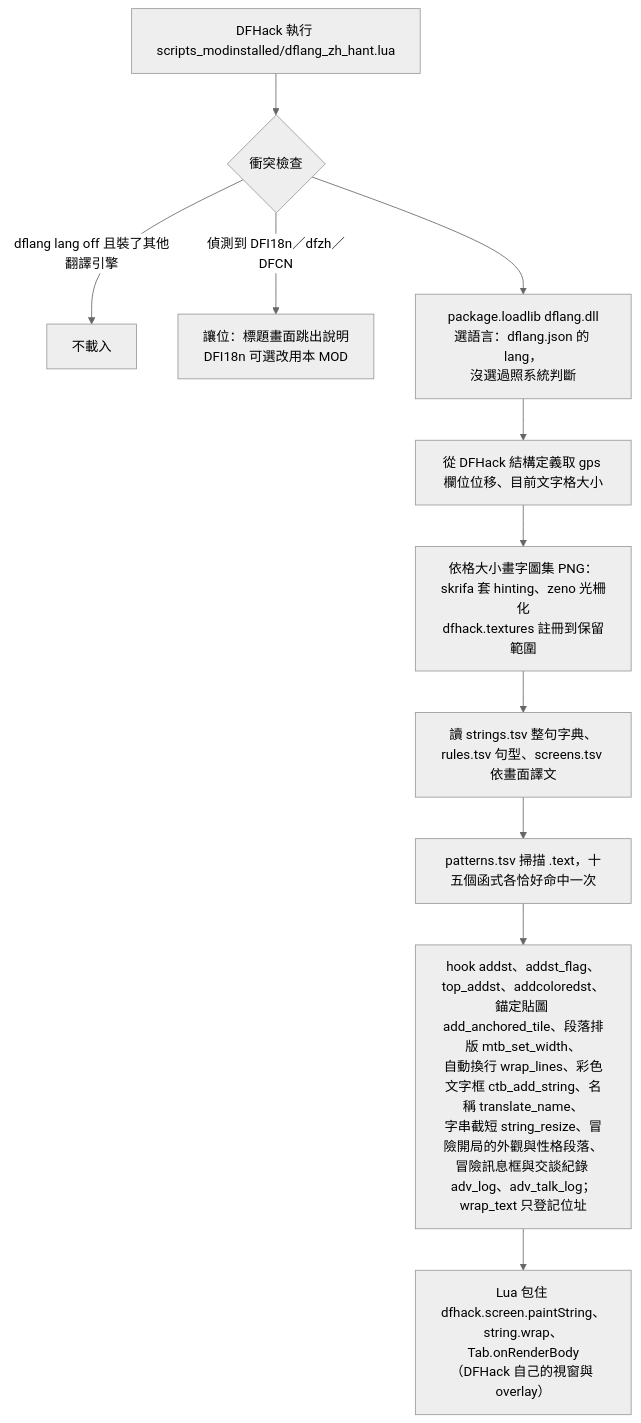
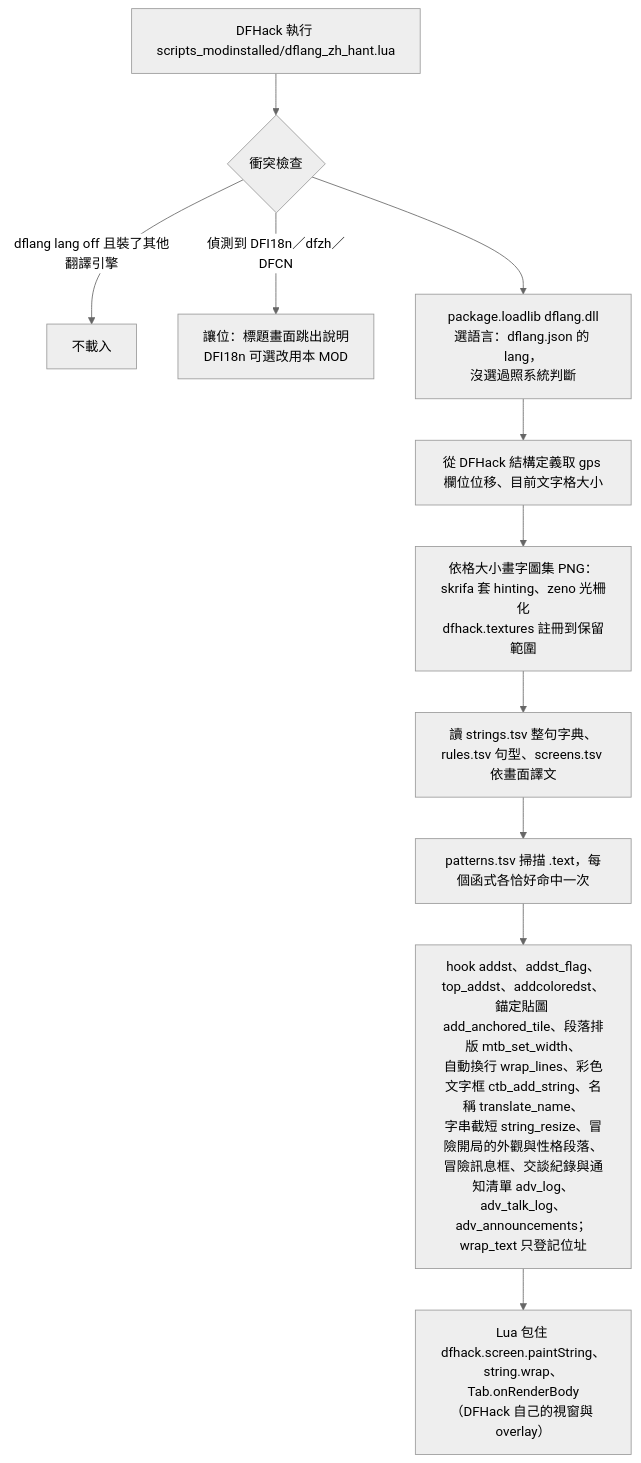
The diagram in docs/analysis.md (Minidoracat/MinidoracatDFLang), drawn with Mermaid (neutral theme) before and after one commit. The commit also changed other lines of this file and 16 other files, not shown here.

````diff
--- a/docs/analysis.md
+++ b/docs/analysis.md
@@ -48,13 +48,13 @@
 ```mermaid
 flowchart TD
   A[DFHack 執行 scripts_modinstalled/dflang_zh_hant.lua] --> B{衝突檢查}
   B -->|dflang lang off 且裝了其他翻譯引擎| X[不載入]
   B -->|偵測到 DFI18n／dfzh／DFCN| Y[讓位：標題畫面跳出說明<br>DFI18n 可選改用本 MOD]
   B --> C[package.loadlib dflang.dll<br>選語言：dflang.json 的 lang，<br>沒選過照系統判斷]
   C --> D[從 DFHack 結構定義取 gps 欄位位移、目前文字格大小]
   D --> E[依格大小畫字圖集 PNG：skrifa 套 hinting、zeno 光柵化<br>dfhack.textures 註冊到保留範圍]
   E --> F[讀 strings.tsv 整句字典、rules.tsv 句型、screens.tsv 依畫面譯文]
-  F --> G[patterns.tsv 掃描 .text，十五個函式各恰好命中一次]
-  G --> H[hook addst、addst_flag、top_addst、addcoloredst、<br>錨定貼圖 add_anchored_tile、段落排版 mtb_set_width、<br>自動換行 wrap_lines、彩色文字框 ctb_add_string、名稱 translate_name、<br>字串截短 string_resize、冒險開局的外觀與性格段落、<br>冒險訊息框與交談紀錄 adv_log、adv_talk_log；wrap_text 只登記位址]
+  F --> G[patterns.tsv 掃描 .text，每個函式各恰好命中一次]
+  G --> H[hook addst、addst_flag、top_addst、addcoloredst、<br>錨定貼圖 add_anchored_tile、段落排版 mtb_set_width、<br>自動換行 wrap_lines、彩色文字框 ctb_add_string、名稱 translate_name、<br>字串截短 string_resize、冒險開局的外觀與性格段落、<br>冒險訊息框、交談紀錄與通知清單 adv_log、adv_talk_log、adv_announcements；wrap_text 只登記位址]
   H --> I[Lua 包住 dfhack.screen.paintString、<br>string.wrap、Tab.onRenderBody<br>（DFHack 自己的視窗與 overlay）]
 ```
````
